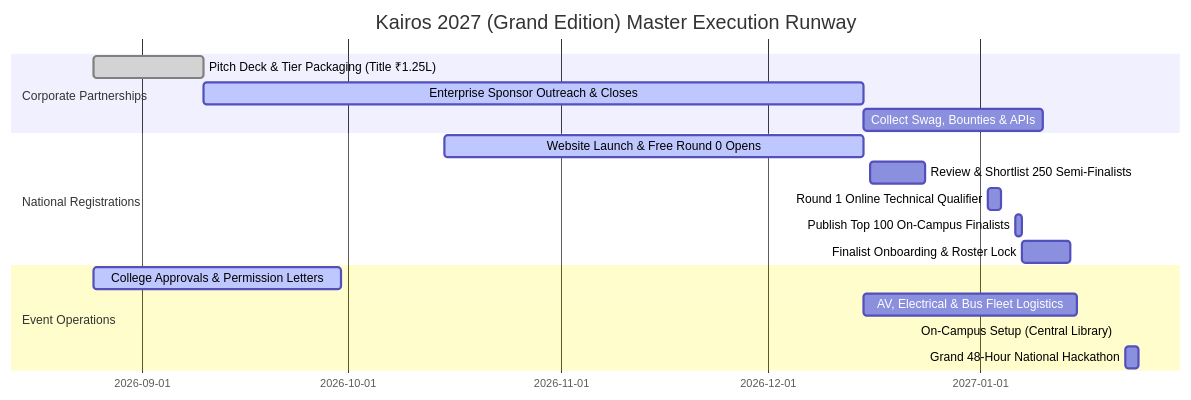
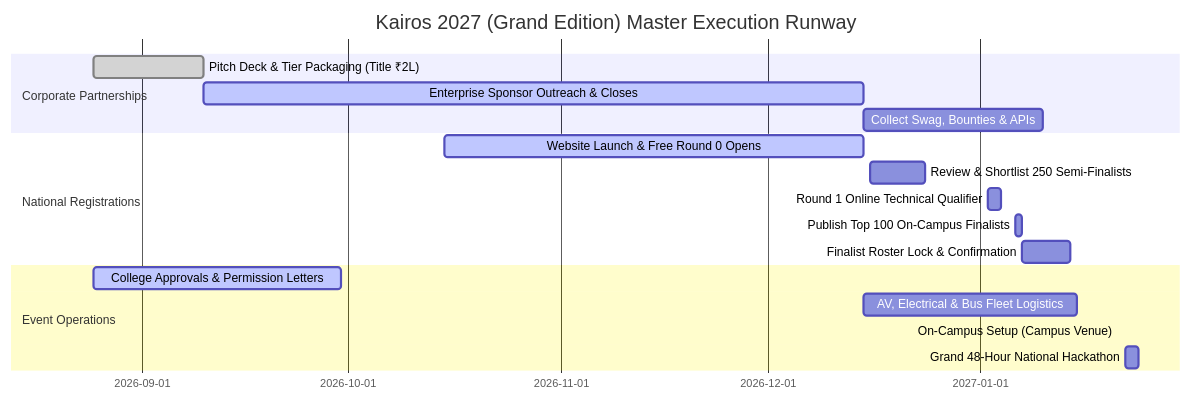
Before and after one commit to MasterZ1311/Kairos: the second of 2 diagrams in docs/00_hackathon_master_brief.md, drawn with Mermaid. The commit also changed other lines of this file and 67 other files, not shown here.

````diff
--- a/docs/00_hackathon_master_brief.md
+++ b/docs/00_hackathon_master_brief.md
@@ -74,20 +74,20 @@
 ```mermaid
 gantt
     title Kairos 2027 (Grand Edition) Master Execution Runway
     dateFormat  YYYY-MM-DD
     section Corporate Partnerships
-    Pitch Deck & Tier Packaging (Title ₹1.25L) :done, 2026-08-25, 2026-09-10
+    Pitch Deck & Tier Packaging (Title ₹2L) :done, 2026-08-25, 2026-09-10
     Enterprise Sponsor Outreach & Closes       :active, 2026-09-10, 2026-12-15
     Collect Swag, Bounties & APIs             :2026-12-15, 2027-01-10
     section National Registrations
     Website Launch & Free Round 0 Opens       :active, 2026-10-15, 2026-12-15
     Review & Shortlist 250 Semi-Finalists     :2026-12-16, 2026-12-24
     Round 1 Online Technical Qualifier        :2027-01-02, 2027-01-04
     Publish Top 100 On-Campus Finalists       :2027-01-06, 2027-01-07
-    Finalist Onboarding & Roster Lock         :2027-01-07, 2027-01-14
+    Finalist Roster Lock & Confirmation       :2027-01-07, 2027-01-14
     section Event Operations
     College Approvals & Permission Letters    :active, 2026-08-25, 2026-09-30
     AV, Electrical & Bus Fleet Logistics      :2026-12-15, 2027-01-15
-    On-Campus Setup (Central Library)         :2027-01-21, 2027-01-21
+    On-Campus Setup (Campus Venue)            :2027-01-21, 2027-01-21
     Grand 48-Hour National Hackathon          :2027-01-22, 2027-01-24
 ```
````
